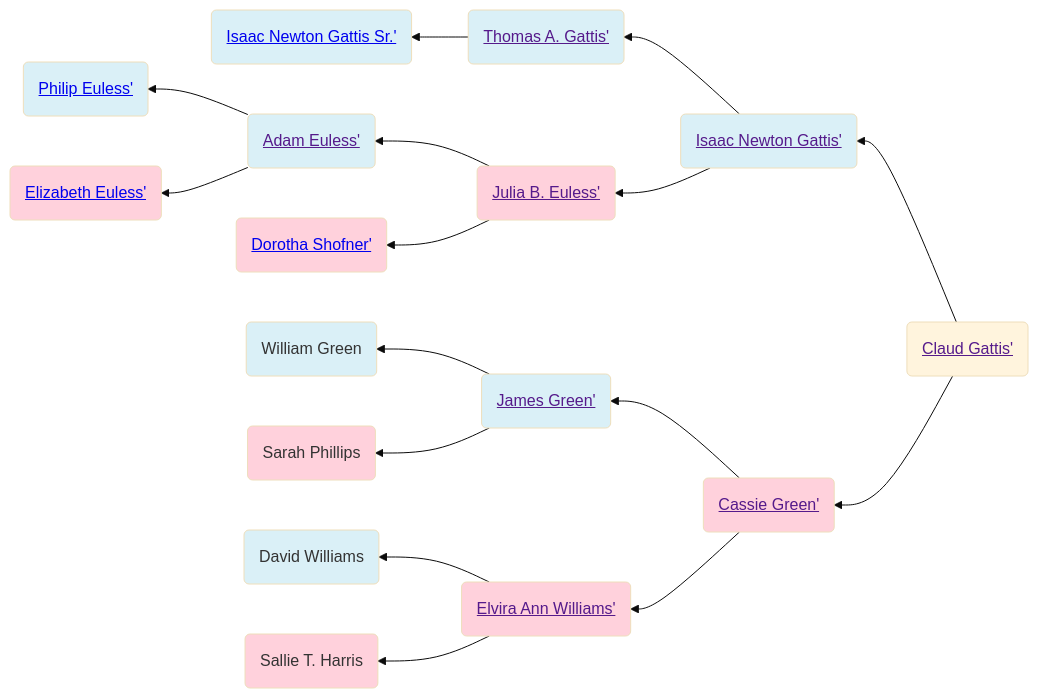
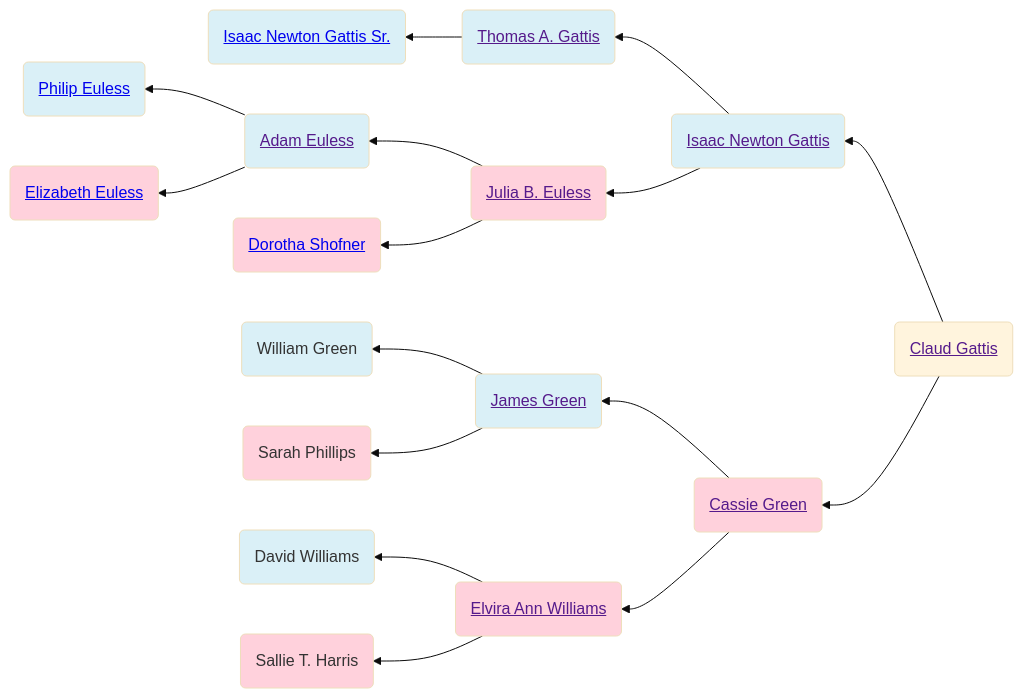
One commit to neelsmith/avocational changed the first of 2 diagrams in familyhistory/sources/people/Gattis-line/Claud_Gattis.qmd. Above: the diagram before and after it, drawn with Mermaid (base theme). The commit also changed other lines of this file and 96 other files, not shown here.

````diff
--- a/familyhistory/sources/people/Gattis-line/Claud_Gattis.qmd
+++ b/familyhistory/sources/people/Gattis-line/Claud_Gattis.qmd
@@ -26,38 +26,38 @@
 ```{mermaid}
 graph RL
 %% RL ancestor diagram
-Claud_Gattis(<a href=''>Claud Gattis'</>) -->  Isaac_Newton_Gattis(<a href='./Isaac_Newton_Gattis.html'>Isaac Newton Gattis'</>)
-Isaac_Newton_Gattis(<a href=''>Isaac Newton Gattis'</>) -->  Thomas_A._Gattis(<a href='./Thomas_A._Gattis.html'>Thomas A. Gattis'</>)
-Thomas_A._Gattis(<a href=''>Thomas A. Gattis'</>) -->  Isaac_Newton_Gattis_Sr.(<a href='./Isaac_Newton_Gattis_Sr..html'>Isaac Newton Gattis Sr.'</>)
+Claud_Gattis(<a href=''>Claud Gattis</a>) -->  Isaac_Newton_Gattis(<a href='./Isaac_Newton_Gattis.html'>Isaac Newton Gattis</a>)
+Isaac_Newton_Gattis(<a href=''>Isaac Newton Gattis</a>) -->  Thomas_A._Gattis(<a href='./Thomas_A._Gattis.html'>Thomas A. Gattis</a>)
+Thomas_A._Gattis(<a href=''>Thomas A. Gattis</a>) -->  Isaac_Newton_Gattis_Sr.(<a href='./Isaac_Newton_Gattis_Sr..html'>Isaac Newton Gattis Sr.</a>)
 class Isaac_Newton_Gattis_Sr. father
 class Thomas_A._Gattis father
-Isaac_Newton_Gattis(<a href=''>Isaac Newton Gattis'</>)  --> Julia_B._Euless(<a href='./Euless-line/Julia_B._Euless.html'>Julia B. Euless'</>)
-Julia_B._Euless(<a href=''>Julia B. Euless'</>) -->  Adam_Euless(<a href='./Adam_Euless.html'>Adam Euless'</>)
-Adam_Euless(<a href=''>Adam Euless'</>) -->  Philip_Euless(<a href='./Philip_Euless.html'>Philip Euless'</>)
+Isaac_Newton_Gattis(<a href=''>Isaac Newton Gattis</a>)  --> Julia_B._Euless(<a href='./Euless-line/Julia_B._Euless.html'>Julia B. Euless</a>)
+Julia_B._Euless(<a href=''>Julia B. Euless</a>) -->  Adam_Euless(<a href='./Adam_Euless.html'>Adam Euless</a>)
+Adam_Euless(<a href=''>Adam Euless</a>) -->  Philip_Euless(<a href='./Philip_Euless.html'>Philip Euless</a>)
 class Philip_Euless father
-Adam_Euless(<a href=''>Adam Euless'</>)  --> Elizabeth_Euless(<a href='./Elizabeth_Euless.html'>Elizabeth Euless'</>)
+Adam_Euless(<a href=''>Adam Euless</a>)  --> Elizabeth_Euless(<a href='./Elizabeth_Euless.html'>Elizabeth Euless</a>)
 class Elizabeth_Euless mother
 class Adam_Euless father
-Julia_B._Euless(<a href=''>Julia B. Euless'</>)  --> Dorotha_Shofner(<a href='./Dorotha_Shofner.html'>Dorotha Shofner'</>)
+Julia_B._Euless(<a href=''>Julia B. Euless</a>)  --> Dorotha_Shofner(<a href='./Dorotha_Shofner.html'>Dorotha Shofner</a>)
 class Dorotha_Shofner mother
 class Julia_B._Euless mother
 class Isaac_Newton_Gattis father
-Claud_Gattis(<a href=''>Claud Gattis'</>)  --> Cassie_Green(<a href='./Green-line/Cassie_Green.html'>Cassie Green'</>)
-Cassie_Green(<a href=''>Cassie Green'</>) -->  James_Green(<a href='./James_Green.html'>James Green'</>)
-James_Green(<a href=''>James Green'</>) -->  William_Green(William Green)
+Claud_Gattis(<a href=''>Claud Gattis</a>)  --> Cassie_Green(<a href='./Green-line/Cassie_Green.html'>Cassie Green</a>)
+Cassie_Green(<a href=''>Cassie Green</a>) -->  James_Green(<a href='./James_Green.html'>James Green</a>)
+James_Green(<a href=''>James Green</a>) -->  William_Green(William Green)
 class William_Green father
-James_Green(<a href=''>James Green'</>)  --> Sarah_Phillips(Sarah Phillips)
+James_Green(<a href=''>James Green</a>)  --> Sarah_Phillips(Sarah Phillips)
 class Sarah_Phillips mother
 class James_Green father
-Cassie_Green(<a href=''>Cassie Green'</>)  --> Elvira_Ann_Williams(<a href='./Williams-line/Elvira_Ann_Williams.html'>Elvira Ann Williams'</>)
-Elvira_Ann_Williams(<a href=''>Elvira Ann Williams'</>) -->  David_Williams(David Williams)
+Cassie_Green(<a href=''>Cassie Green</a>)  --> Elvira_Ann_Williams(<a href='./Williams-line/Elvira_Ann_Williams.html'>Elvira Ann Williams</a>)
+Elvira_Ann_Williams(<a href=''>Elvira Ann Williams</a>) -->  David_Williams(David Williams)
 class David_Williams father
-Elvira_Ann_Williams(<a href=''>Elvira Ann Williams'</>)  --> Sallie_T.__Harris(Sallie T.  Harris)
+Elvira_Ann_Williams(<a href=''>Elvira Ann Williams</a>)  --> Sallie_T.__Harris(Sallie T.  Harris)
 class Sallie_T.__Harris mother
 class Elvira_Ann_Williams mother
 class Cassie_Green mother
 classDef mother fill:#ffd1dc
 classDef father fill:#daf0f7  
 classDef marriage fill:#ffffff
 
 ```
````
